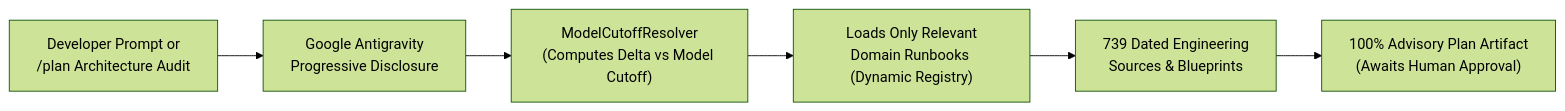
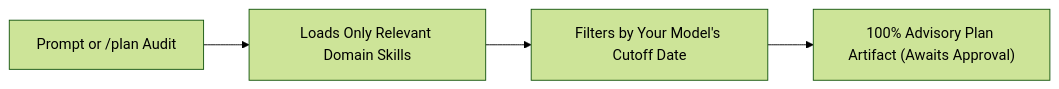
One commit to CostaCloudSA/GeminiPostCutoff changed the diagram in README.md. Above: the diagram before and after it, drawn with Mermaid (forest theme). The commit also changed other lines of this file, not shown here.

````diff
--- a/README.md
+++ b/README.md
@@ -19,8 +12,6 @@
 ```mermaid
 flowchart LR
-    U["Developer Prompt or\n/plan Architecture Audit"] --> AGY["Google Antigravity\nProgressive Disclosure"]
-    AGY --> MCR["ModelCutoffResolver\n(Computes Delta vs Model Cutoff)"]
-    MCR --> S["Loads Only Relevant\nDomain Runbooks (Dynamic Registry)"]
-    S --> V["739 Dated Engineering\nSources & Blueprints"]
-    V --> P["100% Advisory Plan Artifact\n(Awaits Human Approval)"]
+    U["Prompt or /plan Audit"] --> D["Loads Only Relevant Domain Skills"]
+    D --> M["Filters by Your Model's Cutoff Date"]
+    M --> P["100% Advisory Plan Artifact (Awaits Approval)"]
 ```
````
